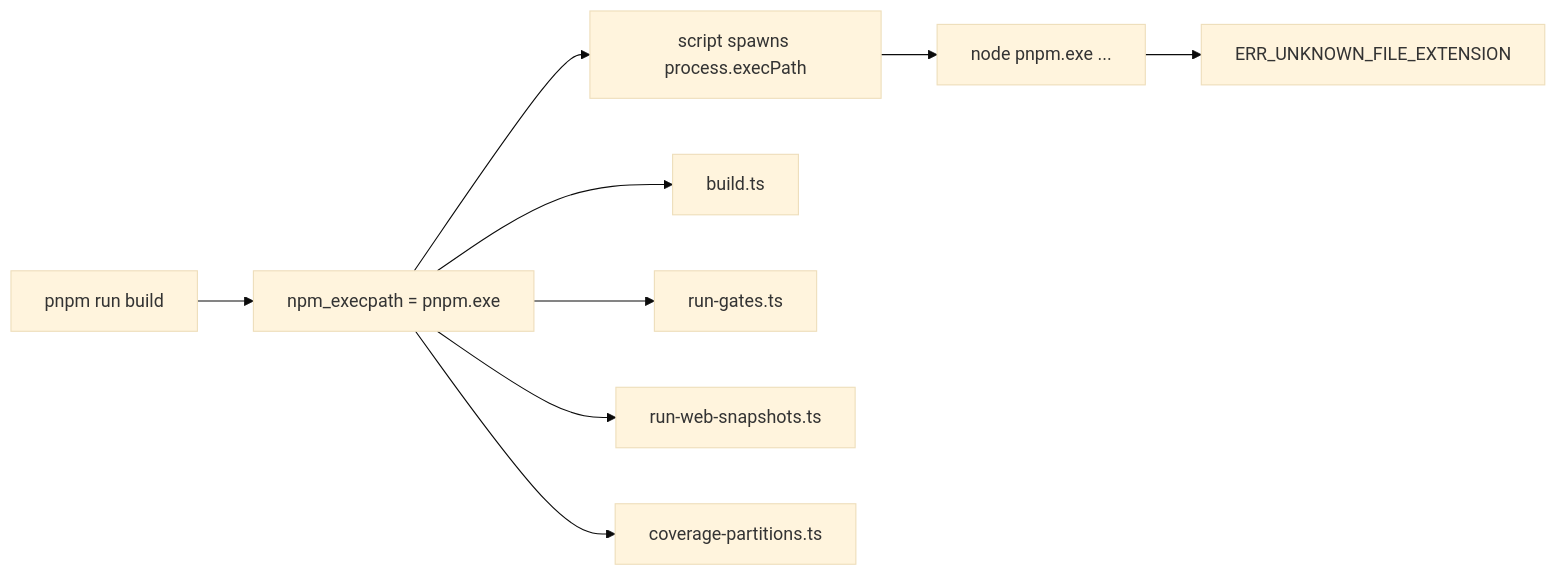
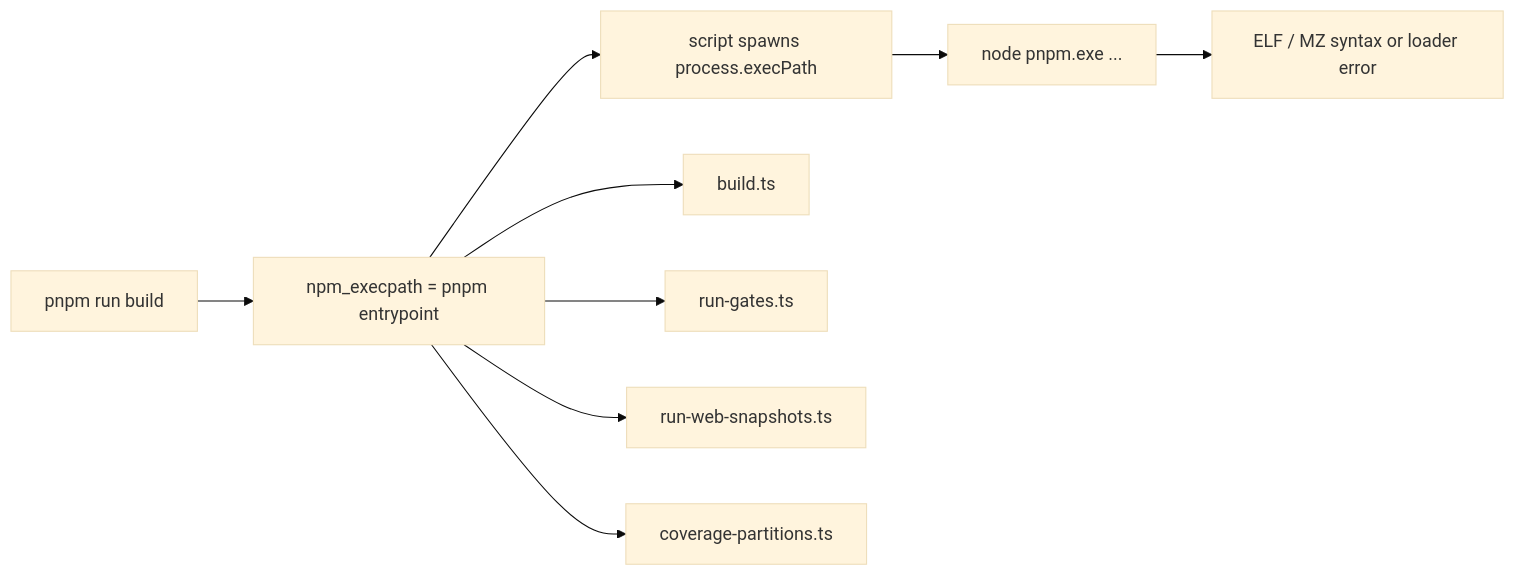
Before and after one commit to sandbaseai/deepseek-harness-handbook: the diagram in docs/en/troubleshooting/windows-standalone-pnpm-npm-execpath.md, drawn with Mermaid (base theme). The commit also changed other lines of this file and 10 other files, not shown here.

Commit message:
docs: expand pnpm entrypoint recovery (#149)

````diff
--- a/docs/en/troubleshooting/windows-standalone-pnpm-npm-execpath.md
+++ b/docs/en/troubleshooting/windows-standalone-pnpm-npm-execpath.md
@@ -65,12 +93,12 @@
 ```mermaid
 flowchart LR
-  A[pnpm run build] --> B[npm_execpath = pnpm.exe]
+  A[pnpm run build] --> B[npm_execpath = pnpm entrypoint]
   B --> C[script spawns process.execPath]
   C --> D[node pnpm.exe ...]
-  D --> E[ERR_UNKNOWN_FILE_EXTENSION]
+  D --> E[ELF / MZ syntax or loader error]
 
   B --> F[build.ts]
   B --> G[run-gates.ts]
   B --> H[run-web-snapshots.ts]
   B --> I[coverage-partitions.ts]
 ```
````
